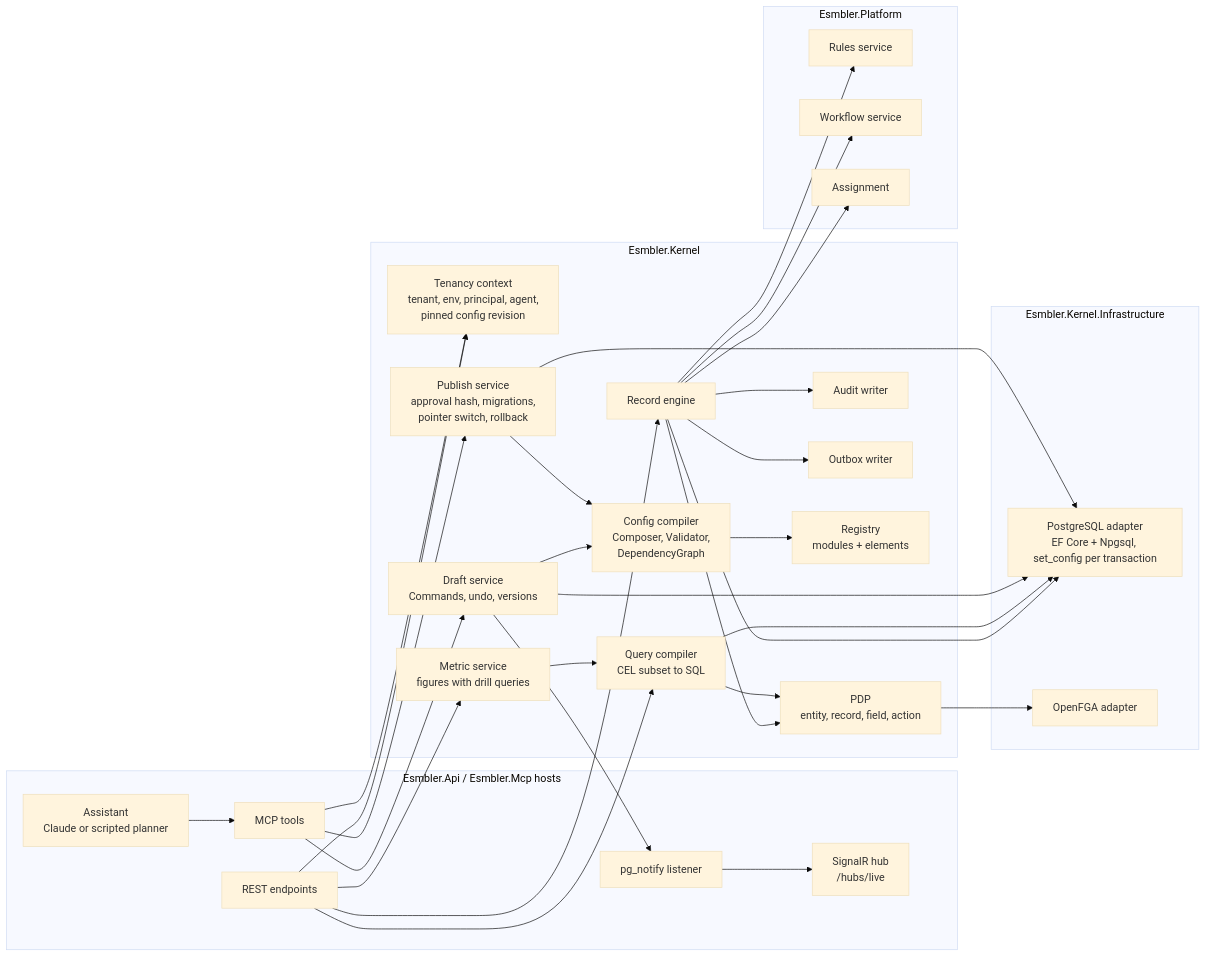
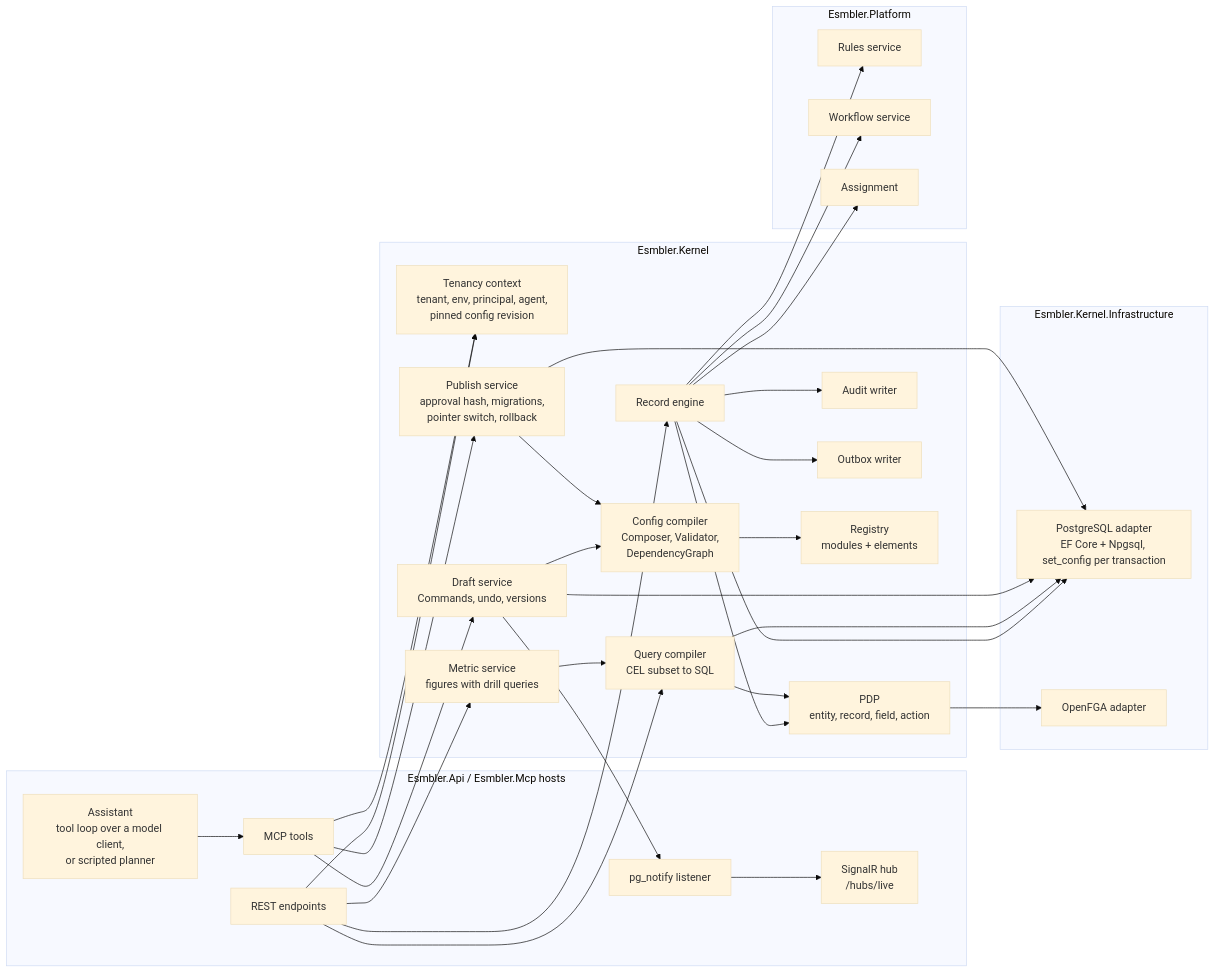
The third of 7 diagrams in docs/architecture/overview.md (DeadEndGG/esmbler), drawn with Mermaid (base theme) before and after one commit. The commit also changed other lines of this file and 15 other files, not shown here.

````diff
--- a/docs/architecture/overview.md
+++ b/docs/architecture/overview.md
@@ -119,59 +120,59 @@
 ```mermaid
 flowchart LR
     subgraph host[Esmbler.Api / Esmbler.Mcp hosts]
         rest[REST endpoints]
         hub[SignalR hub<br/>/hubs/live]
-        loop[Assistant<br/>Claude or scripted planner]
+        loop[Assistant<br/>tool loop over a model client,<br/>or scripted planner]
         tools[MCP tools]
         listen[pg_notify listener]
     end
     subgraph kernel[Esmbler.Kernel]
         ctx[Tenancy context<br/>tenant, env, principal, agent,<br/>pinned config revision]
         pdp[PDP<br/>entity, record, field, action]
         rec[Record engine]
         qc[Query compiler<br/>CEL subset to SQL]
         met[Metric service<br/>figures with drill queries]
         draft[Draft service<br/>Commands, undo, versions]
         cc[Config compiler<br/>Composer, Validator,<br/>DependencyGraph]
         pub[Publish service<br/>approval hash, migrations,<br/>pointer switch, rollback]
         audit[Audit writer]
         outbox[Outbox writer]
         reg[Registry<br/>modules + elements]
     end
     subgraph platform[Esmbler.Platform]
         rules[Rules service]
         wf[Workflow service]
         asg[Assignment]
     end
     subgraph infra[Esmbler.Kernel.Infrastructure]
         pgad[PostgreSQL adapter<br/>EF Core + Npgsql, set_config per transaction]
         fgaad[OpenFGA adapter]
     end
 
     rest --> ctx
     tools --> ctx
     loop --> tools
     rest --> rec
     rest --> qc
     rest --> met
     met --> qc
     tools --> draft
     tools --> pub
     rec --> pdp
     qc --> pdp
     rec --> rules
     rec --> wf
     rec --> asg
     rec --> audit
     rec --> outbox
     draft --> cc
     pub --> cc
     cc --> reg
     draft --> listen
     listen --> hub
     pdp --> fgaad
     rec --> pgad
     qc --> pgad
     draft --> pgad
     pub --> pgad
 ```
````
